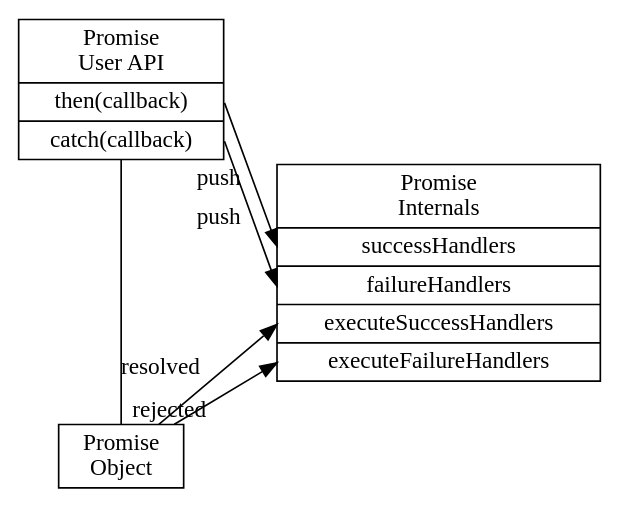
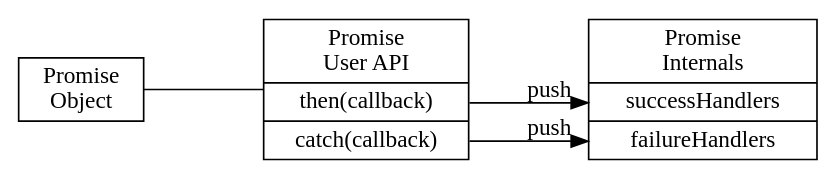
Before and after one commit to devalot/webdev: the diagram in diagrams/js/promise-user.dot, drawn with Graphviz. The commit also changed 25 other files, not shown here.

```diff
--- a/diagrams/js/promise-user.dot
+++ b/diagrams/js/promise-user.dot
@@ -1,18 +1,16 @@
 digraph promiseUser {
 
   // ###########################################################################
   // graph [rankdir=LR];
   graph [layout=circo];
   node  [shape="record"];
   edge  [label=""];
 
   promiseA [label="Promise\nObject"];
   api [label="{Promise\nUser API|<f1>then(callback)|<f2>catch(callback)}"];
-  handlers [label="{Promise\nInternals|<f1>successHandlers|<f2>failureHandlers|<f3>executeSuccessHandlers|<f4>executeFailureHandlers}"];
+  handlers [label="{Promise\nInternals|<f1>successHandlers|<f2>failureHandlers}"];
 
   promiseA -> api [dir=none];
   api:f1 -> handlers:f1 [label="push"];
   api:f2 -> handlers:f2 [label="push"];
-  promiseA -> handlers:f3 [label="resolved"];
-  promiseA -> handlers:f4 [label="rejected"];
 }
```
